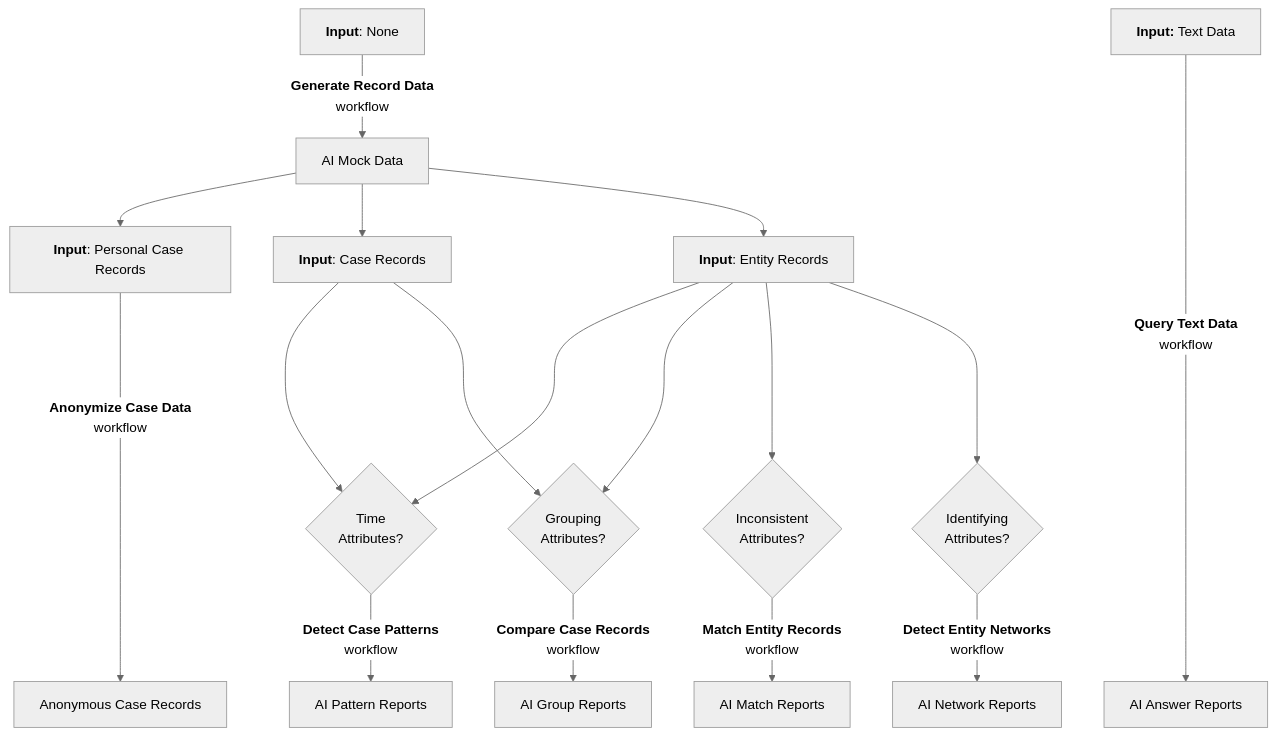
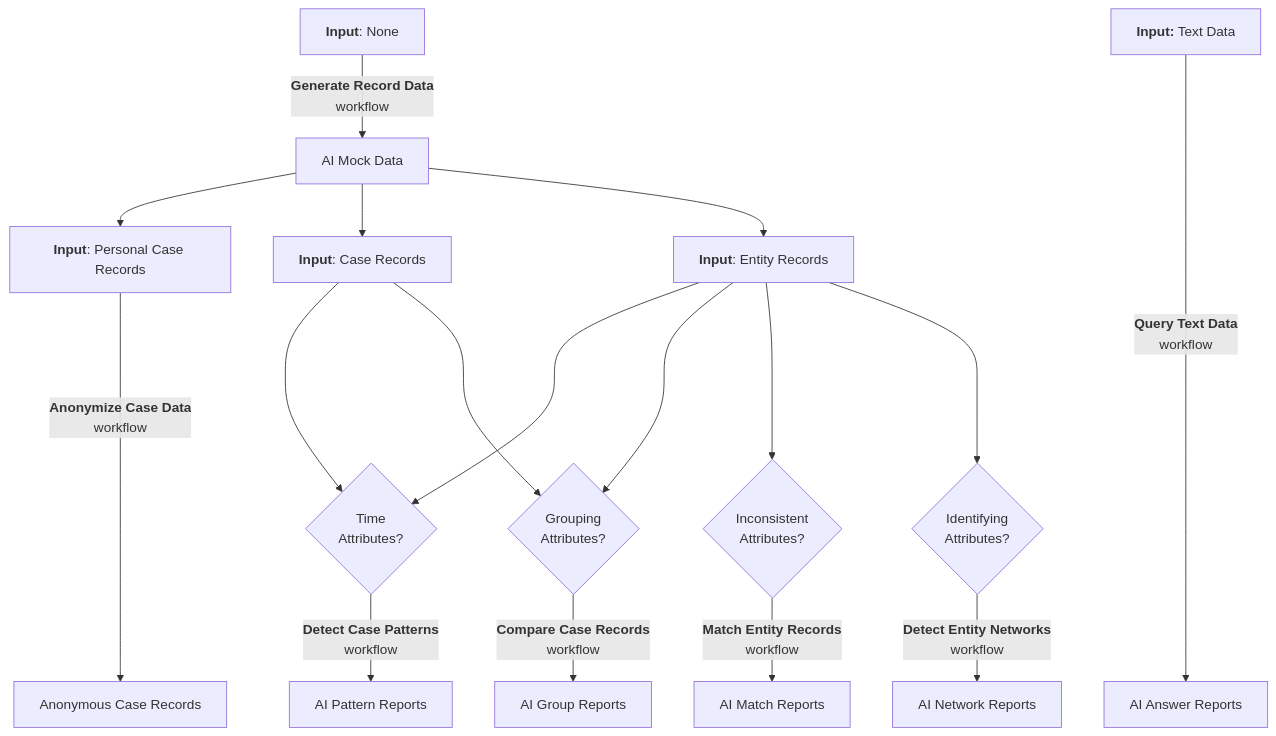
Before and after one commit to microsoft/intelligence-toolkit: the second of 2 diagrams in README.md, drawn with Mermaid. The commit also changed other lines of this file, not shown here.

````diff
--- a/README.md
+++ b/README.md
@@ -107,20 +115,19 @@
 ```mermaid
 %%{init: {
-  'theme': 'neutral',
   "flowchart": {"htmlLabels": true}} }%%
 flowchart TD
     NoData["<b>Input</b>: None"] --> |"<b>Generate Record Data</b><br/>workflow"| MockData["Mock Data"]
     MockData["AI Mock Data"] --> PersonalData["<b>Input</b>: Personal Case Records"]
     MockData["AI Mock Data"] --> CaseRecords["<b>Input</b>: Case Records"]
     MockData["AI Mock Data"] --> EntityData["<b>Input</b>: Entity Records"]
     PersonalData["<b>Input</b>: Personal Case Records"] ----> |"<b>Anonymize Case Data</b><br/>workflow"| AnonData["Anonymous Case Records"]
     EntityData["<b>Input</b>: Entity Records"] ---> HasTime{"Time<br/>Attributes?"}
     CaseRecords["<b>Input</b>: Case Records"] ---> HasTime{"Time<br/>Attributes?"}
     HasTime{"Time<br/>Attributes?"} --> |"<b>Detect Case Patterns</b><br/>workflow"| CasePatterns["AI Pattern Reports"]
     EntityData["<b>Input</b>: Entity Records"] ---> HasGroups{"Grouping<br/>Attributes?"}
     CaseRecords["<b>Input</b>: Case Records"] ---> HasGroups{"Grouping<br/>Attributes?"}
     HasGroups{"Grouping<br/>Attributes?"} --> |"<b>Compare Case Records</b><br/>workflow"| MatchedEntities["AI Group Reports"]
     EntityData["<b>Input</b>: Entity Records"] ---> HasInconsistencies{"Inconsistent<br/>Attributes?"} --> |"<b>Match Entity Records</b><br/>workflow"| RecordLinking["AI Match Reports"]
     EntityData["<b>Input</b>: Entity Records"] ---> HasIdentifiers{"Identifying<br/>Attributes?"} --> |"<b>Detect Entity Networks</b><br/>workflow"| NetworkAnalysis["AI Network Reports"]
     TextDocs["<b>Input:</b> Text Data"] ------> |"<b>Query Text Data</b><br/>workflow"| AnswerReports["AI Answer Reports"]
 ```
````
